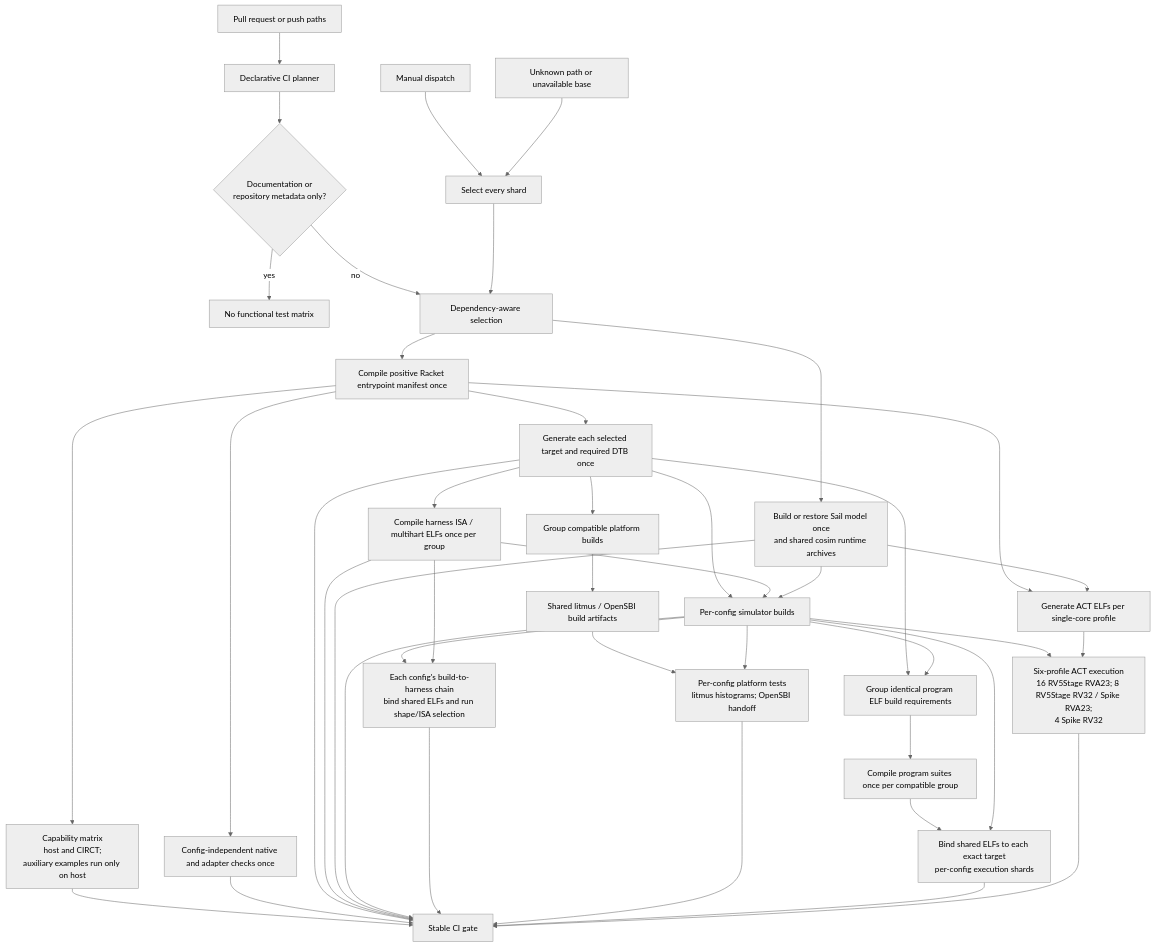
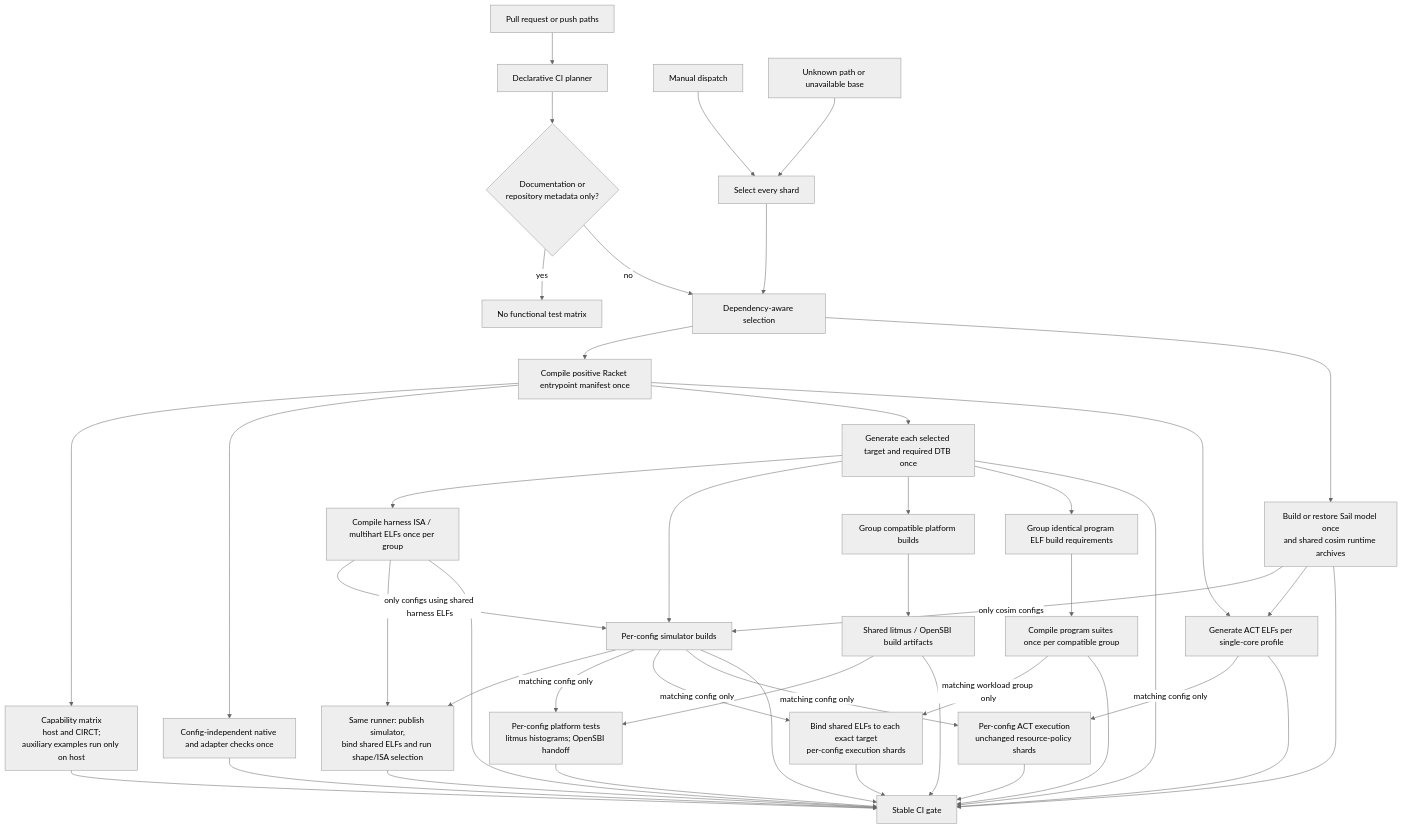
The diagram in tools/testing/DEVELOPING.md (jerryz123/rhodium), drawn with Mermaid (neutral theme) before and after one commit. The commit also changed other lines of this file and 15 other files, not shown here.

````diff
--- a/tools/testing/DEVELOPING.md
+++ b/tools/testing/DEVELOPING.md
@@ -230,44 +238,46 @@
 ```mermaid
 flowchart TD
     Changes["Pull request or push paths"] --> Classifier["Declarative CI planner"]
     Manual["Manual dispatch"] --> All["Select every shard"]
     Unknown["Unknown path or unavailable base"] --> All
     Classifier --> Docs{"Documentation or<br/>repository metadata only?"}
     Docs -->|yes| None["No functional test matrix"]
     Docs -->|no| Selected["Dependency-aware selection"]
     All --> Selected
     Selected --> Compile["Compile positive Racket entrypoint manifest once"]
     Selected --> Sail["Build or restore Sail model once<br/>and shared cosim runtime archives"]
     Compile --> Checks["Capability matrix<br/>host and CIRCT;<br/>auxiliary examples run only on host"]
     Compile --> Native["Config-independent native and adapter checks once"]
     Compile --> Targets["Generate each selected target and required DTB once"]
     Targets --> HarnessBuilds["Compile harness ISA / multihart ELFs once per group"]
     Targets --> Simulators["Per-config simulator builds"]
-    HarnessBuilds --> Simulators
-    Sail --> Simulators
-    Simulators --> Simulation["Each config's build-to-harness chain<br/>bind shared ELFs and run shape/ISA selection"]
+    HarnessBuilds -->|only configs using shared harness ELFs| Simulators
+    Sail -->|only cosim configs| Simulators
+    Simulators --> Simulation["Same runner: publish simulator,<br/>bind shared ELFs and run shape/ISA selection"]
     HarnessBuilds --> Simulation
     Targets --> PlatformTargets["Group compatible platform builds"]
     PlatformTargets --> PlatformBuilds["Shared litmus / OpenSBI build artifacts"]
     PlatformBuilds --> Platform["Per-config platform tests<br/>litmus histograms; OpenSBI handoff"]
-    Simulators --> Platform
+    Simulators -->|matching config only| Platform
     Targets --> ProgramTargets["Group identical program ELF build requirements"]
-    Simulators --> ProgramTargets
     ProgramTargets --> ProgramBuilds["Compile program suites once per compatible group"]
-    ProgramBuilds --> Programs["Bind shared ELFs to each exact target<br/>per-config execution shards"]
-    Simulators --> Programs
+    ProgramBuilds -->|matching workload group only| Programs["Bind shared ELFs to each exact target<br/>per-config execution shards"]
+    Simulators -->|matching config only| Programs
     Compile --> ActBuild["Generate ACT ELFs per single-core profile"]
     Sail --> ActBuild
-    Simulators --> ActRun["Six-profile ACT execution<br/>16 RV5Stage RVA23; 8 RV5Stage RV32 / Spike RVA23;<br/>4 Spike RV32"]
-    ActBuild --> ActRun
+    Simulators -->|matching config only| ActRun["Per-config ACT execution<br/>unchanged resource-policy shards"]
+    ActBuild -->|matching config only| ActRun
     Checks --> Gate["Stable CI gate"]
     Native --> Gate
     Targets --> Gate
     HarnessBuilds --> Gate
     Sail --> Gate
     Simulators --> Gate
     Simulation --> Gate
     Platform --> Gate
+    PlatformBuilds --> Gate
+    ProgramBuilds --> Gate
     Programs --> Gate
+    ActBuild --> Gate
     ActRun --> Gate
 ```
````
